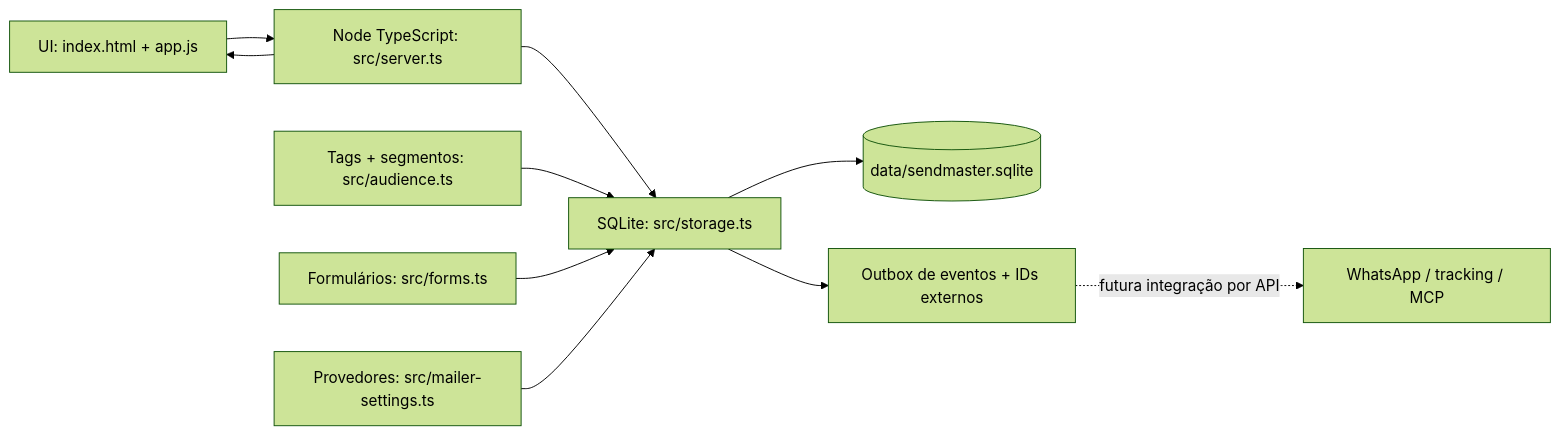
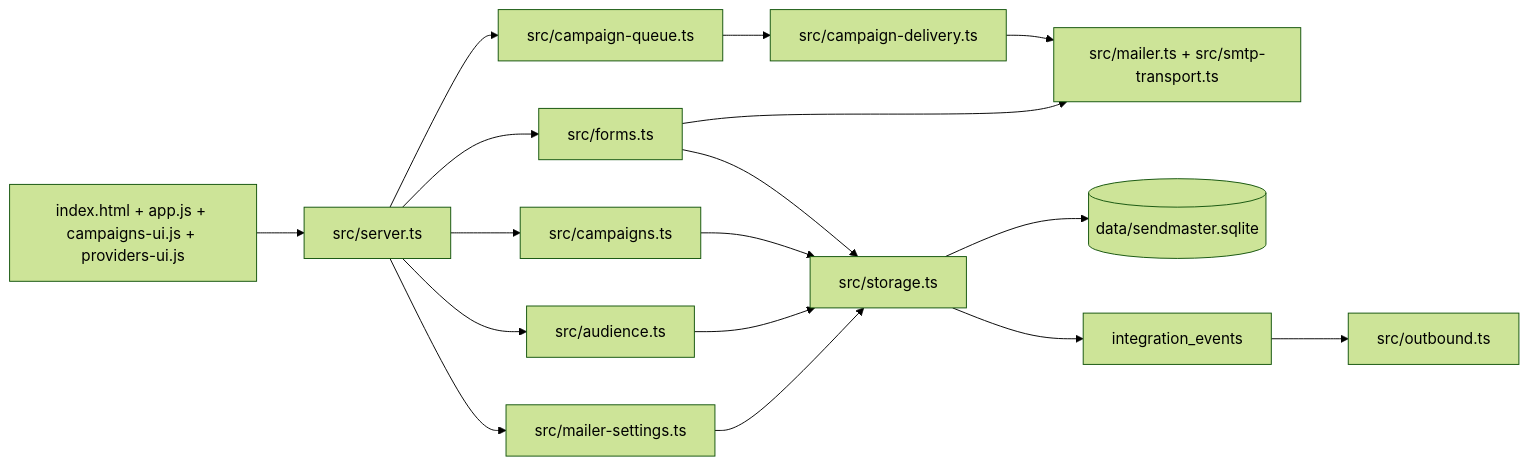
One commit to victorhamber/sendmaster changed the diagram in ai-docs/PROJECT-MAP.md. Above: the diagram before and after it, drawn with Mermaid (forest theme). The commit also changed other lines of this file and 39 other files, not shown here.

First line of the commit message:
feat: run the mail queue in-process and show real totals

````diff
--- a/ai-docs/PROJECT-MAP.md
+++ b/ai-docs/PROJECT-MAP.md
@@ -4,12 +4,19 @@
 ```mermaid
 flowchart LR
-  UI[UI: index.html + app.js] --> API[Node TypeScript: src/server.ts]
-  API --> Store[SQLite: src/storage.ts]
-  Audience[Tags + segmentos: src/audience.ts] --> Store
-  Forms[Formulários: src/forms.ts] --> Store
-  Mail[Provedores: src/mailer-settings.ts] --> Store
+  UI[index.html + app.js + campaigns-ui.js + providers-ui.js] --> API[src/server.ts]
+  API --> Forms[src/forms.ts]
+  API --> Campaigns[src/campaigns.ts]
+  API --> Queue[src/campaign-queue.ts]
+  Queue --> Delivery[src/campaign-delivery.ts]
+  Delivery --> Mailer[src/mailer.ts + src/smtp-transport.ts]
+  API --> Audience[src/audience.ts]
+  API --> MailSettings[src/mailer-settings.ts]
+  Forms --> Store[src/storage.ts]
+  Campaigns --> Store
+  Audience --> Store
+  MailSettings --> Store
+  Forms --> Mailer
   Store --> DB[(data/sendmaster.sqlite)]
-  API --> UI
-  Store --> Events[Outbox de eventos + IDs externos]
-  Events -. futura integração por API .-> Apps[WhatsApp / tracking / MCP]
+  Store --> Events[integration_events]
+  Events --> Outbox[src/outbound.ts]
 ```
````
